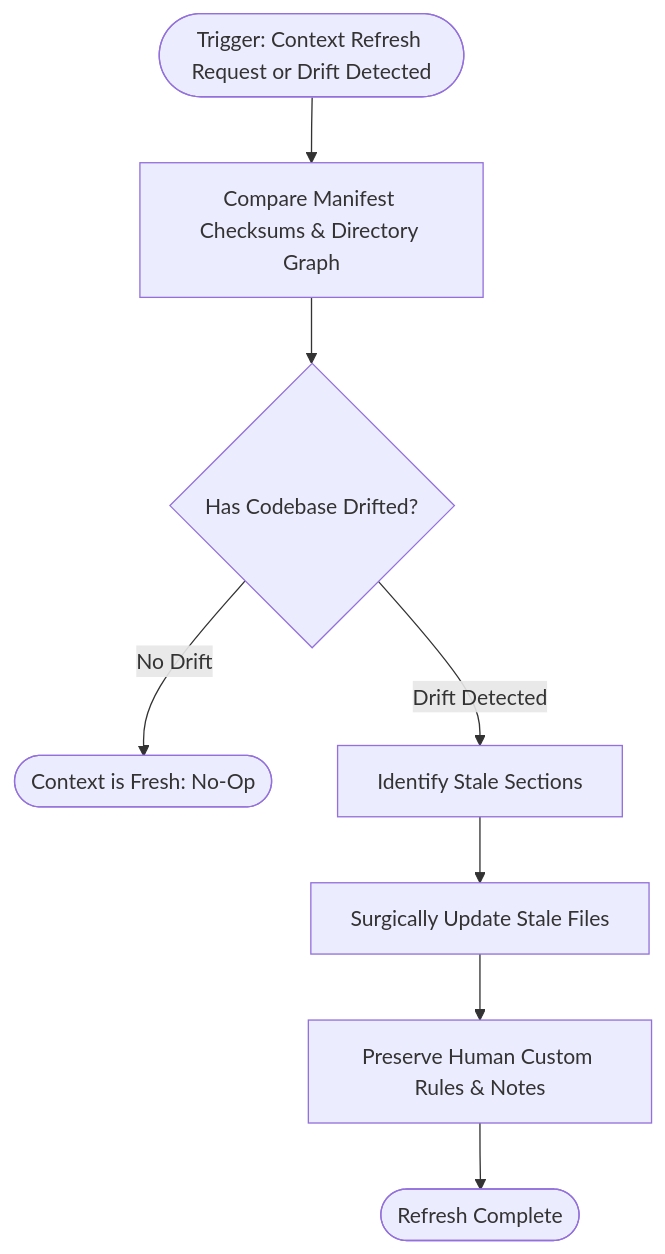
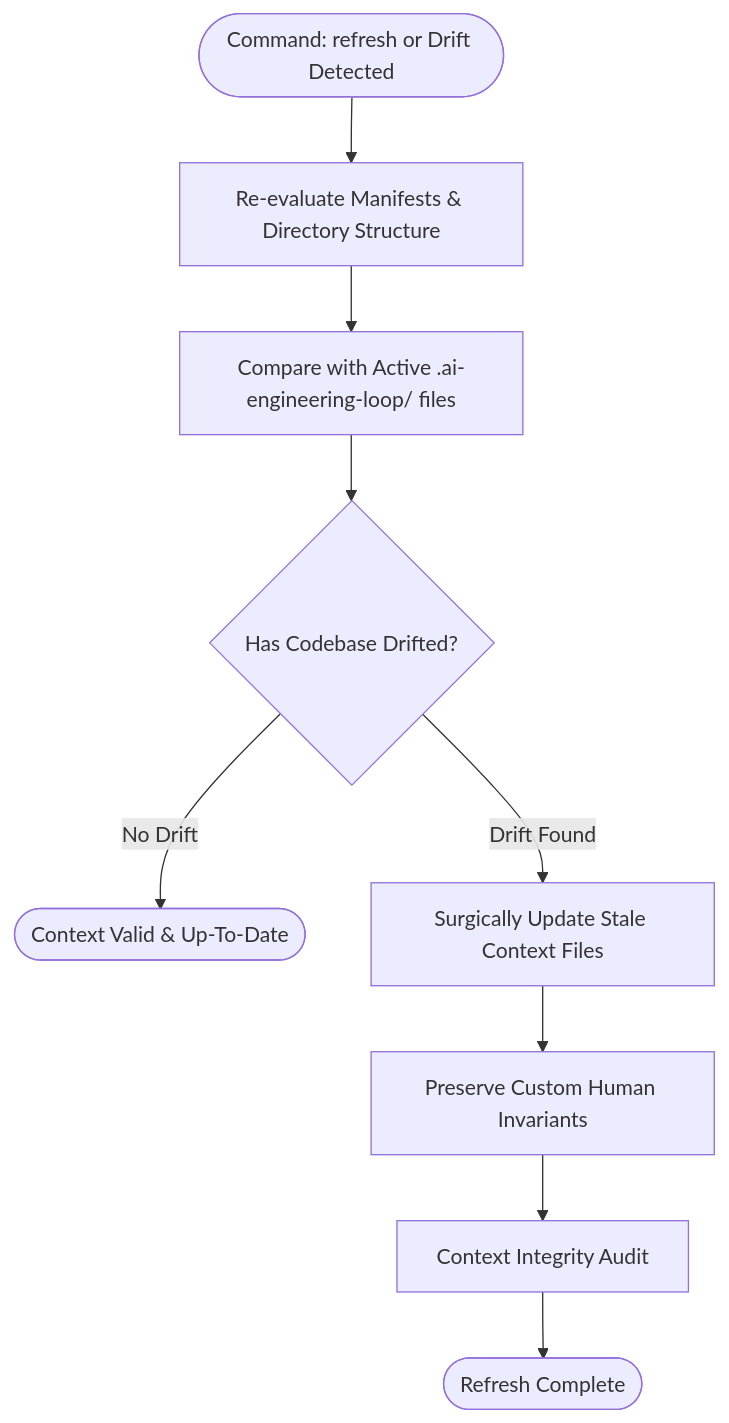
One commit to egagofur/ai-engineering-loop changed the diagram in core/context-refresh-policy.md. Above: the diagram before and after it, drawn with Mermaid. The commit also changed other lines of this file and 3 other files, not shown here.

````diff
--- a/core/context-refresh-policy.md
+++ b/core/context-refresh-policy.md
@@ -12,13 +10,13 @@
 ```mermaid
 flowchart TD
-    Trigger([Trigger: Context Refresh Request or Drift Detected]) --> Compare[Compare Manifest Checksums & Directory Graph]
+    Trigger([Command: refresh or Drift Detected]) --> ReInspect[Re-evaluate Manifests & Directory Structure]
+    ReInspect --> DiffContext[Compare with Active .ai-engineering-loop/ files]
     
-    Compare --> CheckDrift{Has Codebase Drifted?}
+    DiffContext --> CheckDrift{Has Codebase Drifted?}
+    CheckDrift -->|No Drift| Fresh([Context Valid & Up-To-Date])
+    CheckDrift -->|Drift Found| UpdateFiles[Surgically Update Stale Context Files]
     
-    CheckDrift -->|No Drift| UpToDate([Context is Fresh: No-Op])
-    CheckDrift -->|Drift Detected| Identify[Identify Stale Sections]
-    
-    Identify --> SurgUpdate[Surgically Update Stale Files]
-    SurgUpdate --> Preserve[Preserve Human Custom Rules & Notes]
-    Preserve --> Complete([Refresh Complete])
+    UpdateFiles --> PreserveHumanNotes[Preserve Custom Human Invariants]
+    PreserveHumanNotes --> Validate[Context Integrity Audit]
+    Validate --> Done([Refresh Complete])
 ```
````
